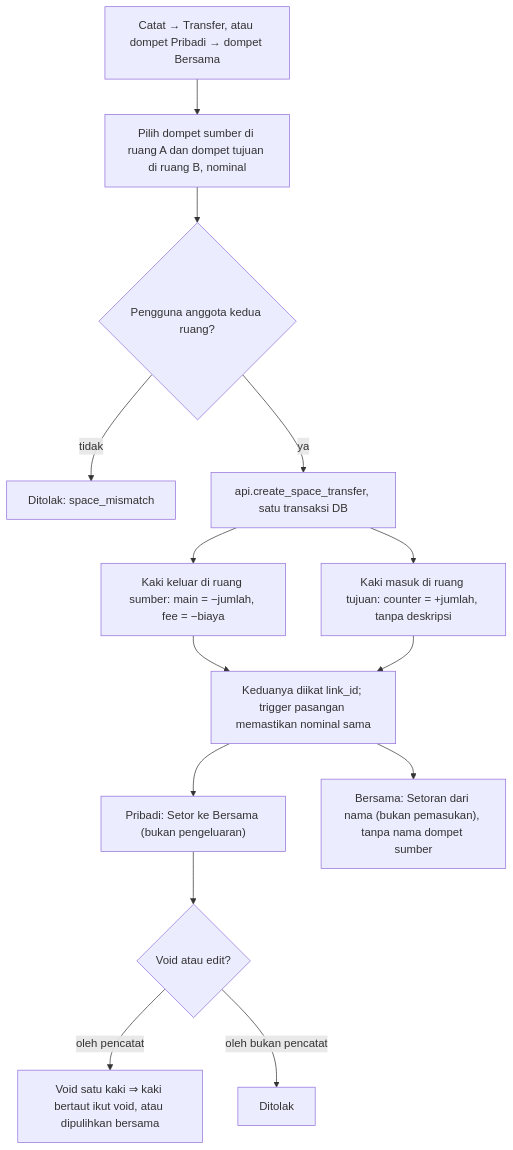
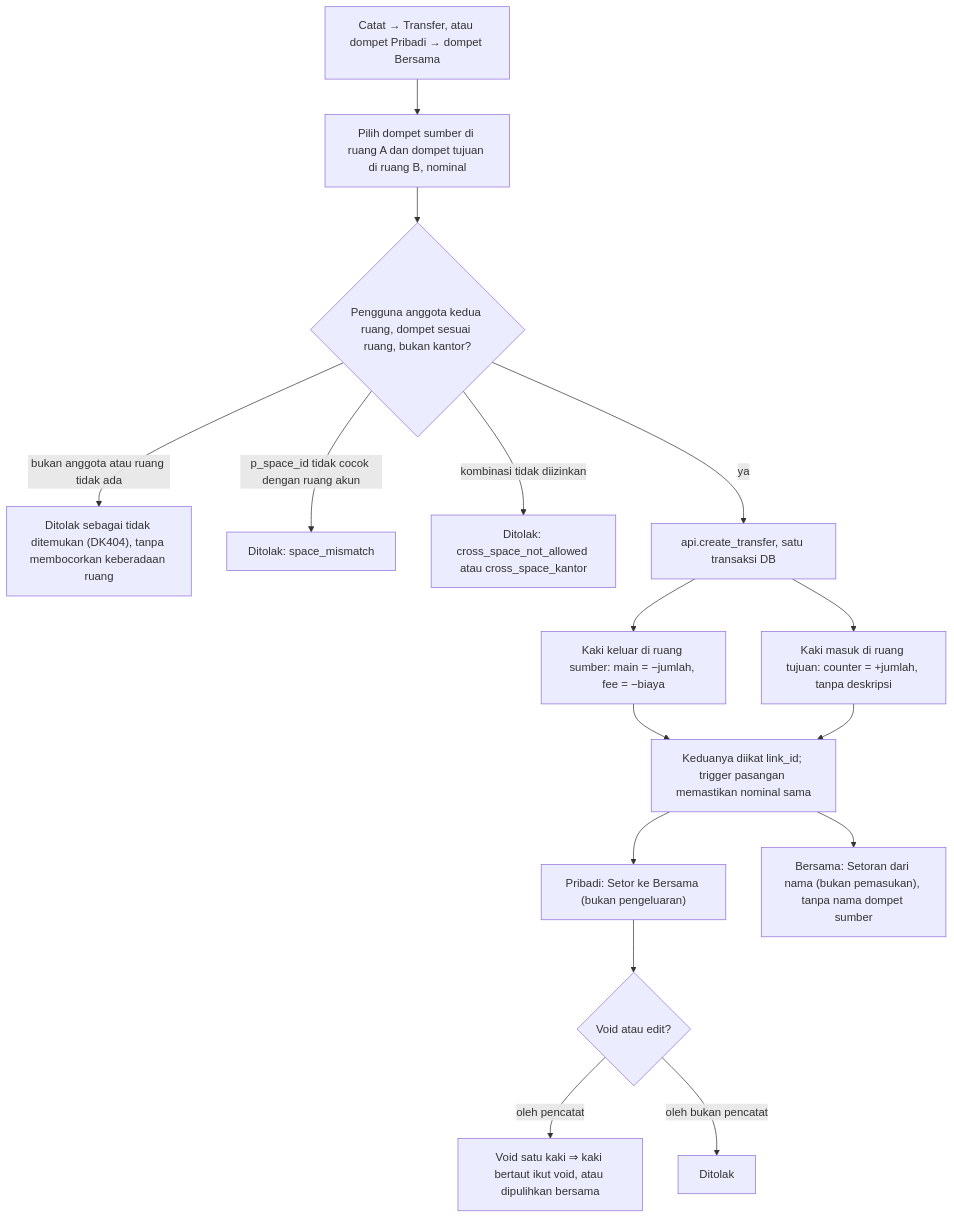
The fourth of 10 diagrams in docs/product/AFD.md (novandafadly/dompetku-v2), drawn with Mermaid before and after one commit. The commit also changed other lines of this file and 5 other files, not shown here.

````diff
--- a/docs/product/AFD.md
+++ b/docs/product/AFD.md
@@ -101,16 +127,18 @@
 ```mermaid
 flowchart TD
   A["Catat → Transfer, atau dompet Pribadi → dompet Bersama"] --> B["Pilih dompet sumber di ruang A dan dompet tujuan di ruang B, nominal"]
-  B --> C{"Pengguna anggota kedua ruang?"}
-  C -- "tidak" --> C1["Ditolak: space_mismatch"]
-  C -- "ya" --> D["api.create_space_transfer, satu transaksi DB"]
+  B --> C{"Pengguna anggota kedua ruang, dompet sesuai ruang, bukan kantor?"}
+  C -- "bukan anggota atau ruang tidak ada" --> C1["Ditolak sebagai tidak ditemukan (DK404), tanpa membocorkan keberadaan ruang"]
+  C -- "p_space_id tidak cocok dengan ruang akun" --> C2["Ditolak: space_mismatch"]
+  C -- "kombinasi tidak diizinkan" --> C3["Ditolak: cross_space_not_allowed atau cross_space_kantor"]
+  C -- "ya" --> D["api.create_transfer, satu transaksi DB"]
   D --> E["Kaki keluar di ruang sumber: main = −jumlah, fee = −biaya"]
   D --> F["Kaki masuk di ruang tujuan: counter = +jumlah, tanpa deskripsi"]
   E --> G["Keduanya diikat link_id; trigger pasangan memastikan nominal sama"]
   F --> G
   G --> H["Pribadi: Setor ke Bersama (bukan pengeluaran)"]
   G --> I["Bersama: Setoran dari nama (bukan pemasukan), tanpa nama dompet sumber"]
   H --> J{"Void atau edit?"}
   J -- "oleh pencatat" --> K["Void satu kaki ⇒ kaki bertaut ikut void, atau dipulihkan bersama"]
   J -- "oleh bukan pencatat" --> L["Ditolak"]
 ```
````
